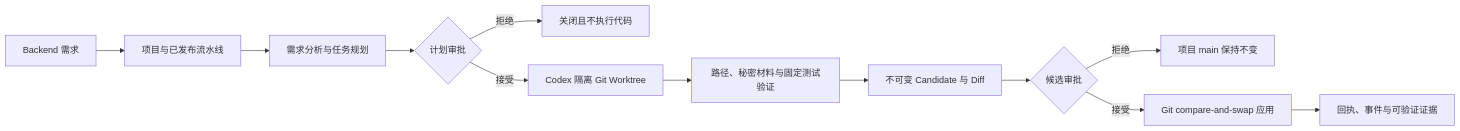
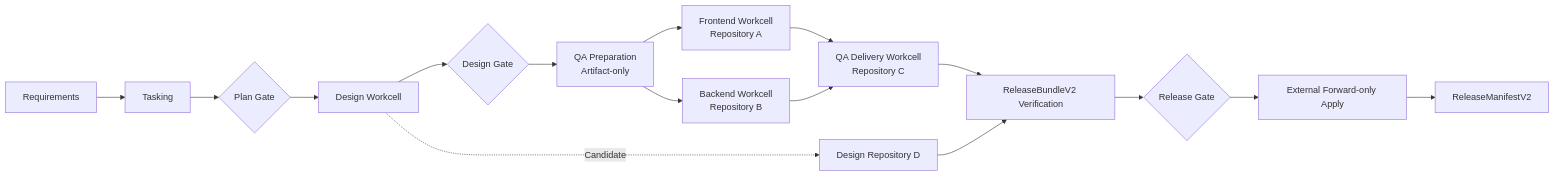
One commit to Jinchengawu/DEV-Agent-Teams-V2 changed the first of 2 diagrams in README.md. Above: the diagram before and after it, drawn with Mermaid. The commit also changed other lines of this file and 116 other files, not shown here.

````diff
--- a/README.md
+++ b/README.md
@@ -28,14 +34,18 @@
 ```mermaid
 flowchart LR
-    A[Backend 需求] --> B[项目与已发布流水线]
-    B --> C[需求分析与任务规划]
-    C --> D{计划审批}
-    D -->|拒绝| X[关闭且不执行代码]
-    D -->|接受| E[Codex 隔离 Git Worktree]
-    E --> F[路径、秘密材料与固定测试验证]
-    F --> G[不可变 Candidate 与 Diff]
-    G --> H{候选审批}
-    H -->|拒绝| Y[项目 main 保持不变]
-    H -->|接受| I[Git compare-and-swap 应用]
-    I --> J[回执、事件与可验证证据]
+    A[Requirements] --> B[Tasking]
+    B --> C{Plan Gate}
+    C --> D[Design Workcell]
+    D --> E{Design Gate}
+    E --> F[QA Preparation<br/>Artifact-only]
+    F --> G[Frontend Workcell<br/>Repository A]
+    F --> H[Backend Workcell<br/>Repository B]
+    G --> I[QA Delivery Workcell<br/>Repository C]
+    H --> I
+    D -. Candidate .-> J[Design Repository D]
+    I --> K[ReleaseBundleV2 Verification]
+    J --> K
+    K --> L{Release Gate}
+    L --> M[External Forward-only Apply]
+    M --> N[ReleaseManifestV2]
 ```
````
